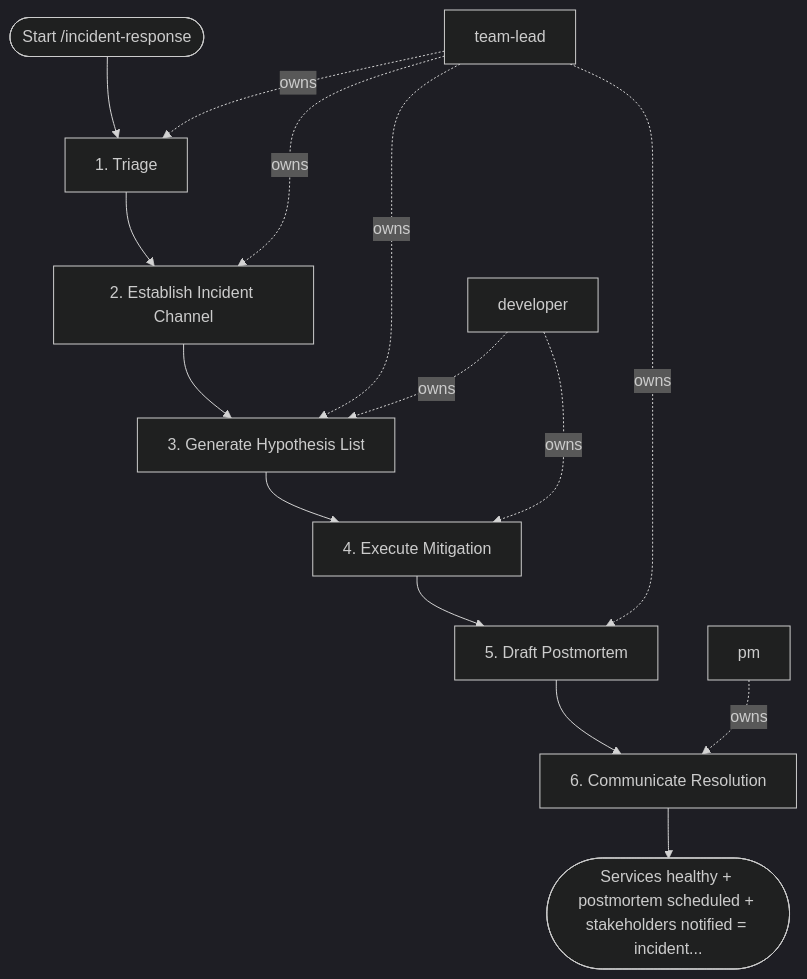
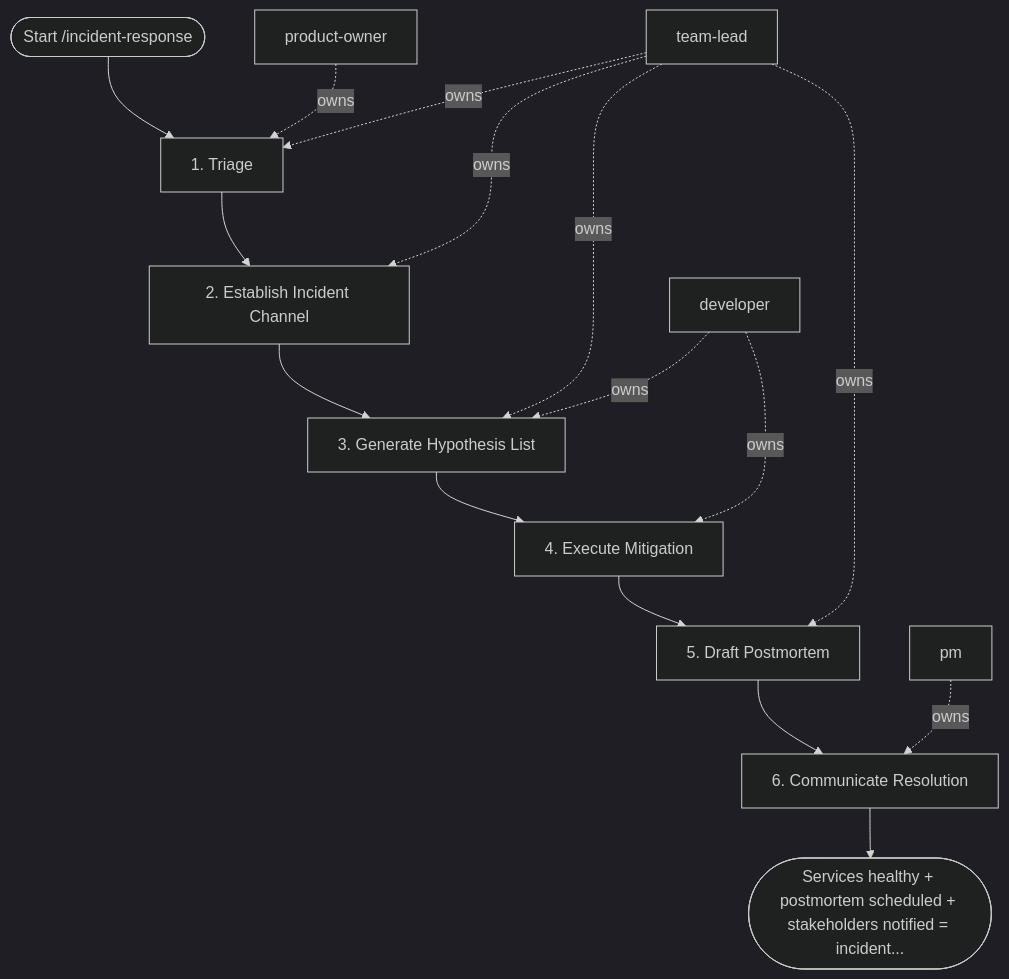
One commit to sawrus/agent-guides changed the diagram in areas/software/platform/workflows/incident-response.md. Above: the diagram before and after it, drawn with Mermaid (dark theme). The commit also changed other lines of this file and 76 other files, not shown here.

Commit message:
Standardize workflow product owner initiation

````diff
--- a/areas/software/platform/workflows/incident-response.md
+++ b/areas/software/platform/workflows/incident-response.md
@@ -71,28 +71,30 @@
 ```mermaid
 flowchart TD
   start(["Start /incident-response"])
-  role_1["team-lead"]
-  role_2["developer"]
-  role_3["pm"]
+  role_1["product-owner"]
+  role_2["team-lead"]
+  role_3["developer"]
+  role_4["pm"]
   step_1["1. Triage"]
   step_2["2. Establish Incident Channel"]
   step_3["3. Generate Hypothesis List"]
   step_4["4. Execute Mitigation"]
   step_5["5. Draft Postmortem"]
   step_6["6. Communicate Resolution"]
   exit(["Services healthy + postmortem scheduled + stakeholders notified = incident..."])
   start --> step_1
   step_1 --> step_2
   step_2 --> step_3
   step_3 --> step_4
   step_4 --> step_5
   step_5 --> step_6
   step_6 --> exit
   role_1 -. owns .-> step_1
-  role_1 -. owns .-> step_2
-  role_1 -. owns .-> step_3
+  role_2 -. owns .-> step_1
+  role_2 -. owns .-> step_2
   role_2 -. owns .-> step_3
-  role_2 -. owns .-> step_4
-  role_1 -. owns .-> step_5
-  role_3 -. owns .-> step_6
+  role_3 -. owns .-> step_3
+  role_3 -. owns .-> step_4
+  role_2 -. owns .-> step_5
+  role_4 -. owns .-> step_6
 ```
````
